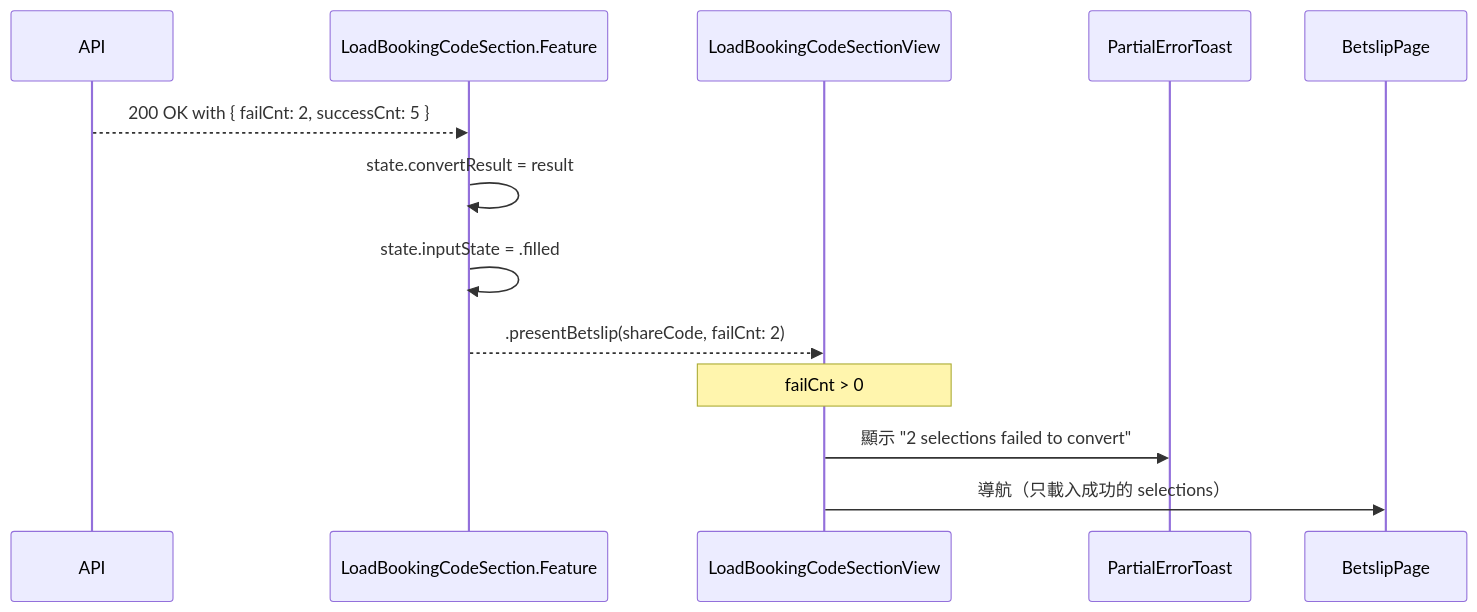
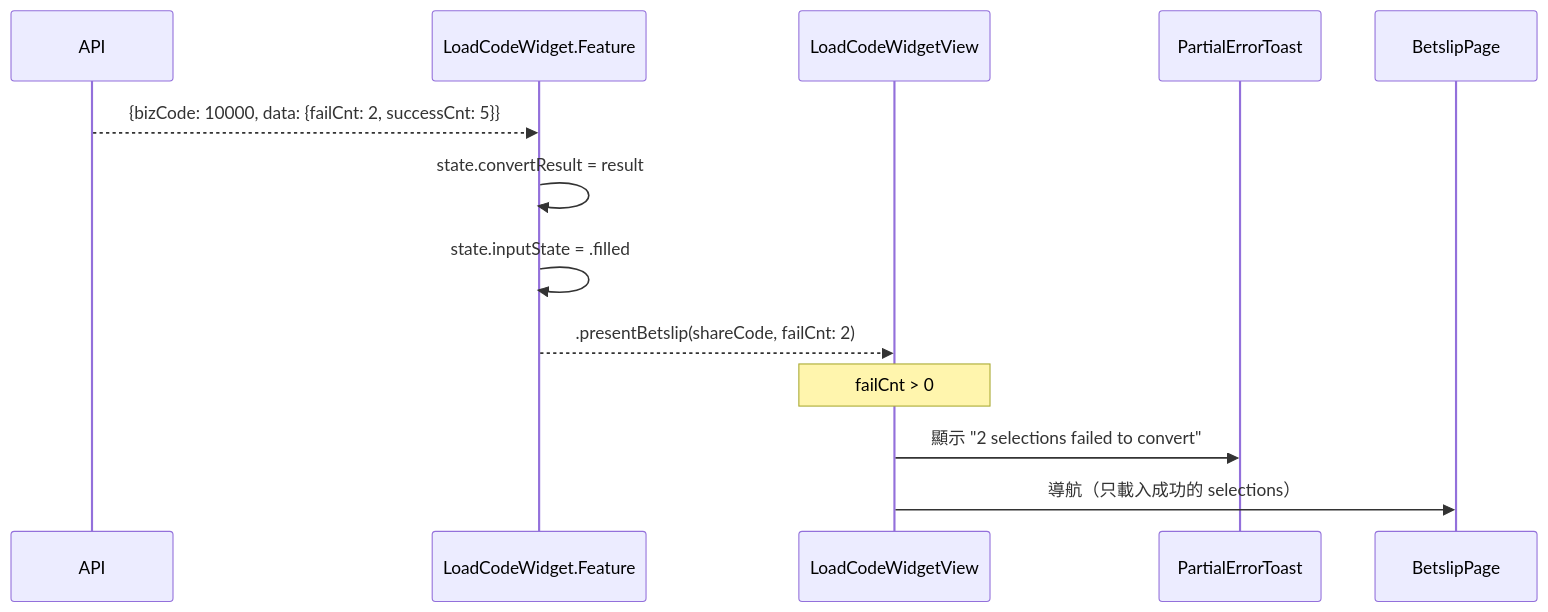
Before and after one commit to HsinChungHan/Code_Converter_TDD: the second of 3 diagrams in TDD/09_Error Handling/01_error_handling.md, drawn with Mermaid. The commit also changed other lines of this file and 7 other files, not shown here.

````diff
--- a/TDD/09_Error Handling/01_error_handling.md
+++ b/TDD/09_Error Handling/01_error_handling.md
@@ -96,20 +127,20 @@
 ```mermaid
 sequenceDiagram
     participant API as API
-    participant Feature as LoadBookingCodeSection.Feature
-    participant UI as LoadBookingCodeSectionView
+    participant Feature as LoadCodeWidget.Feature
+    participant UI as LoadCodeWidgetView
     participant Toast as PartialErrorToast
     participant Betslip as BetslipPage
 
-    API-->>Feature: 200 OK with { failCnt: 2, successCnt: 5 }
+    API-->>Feature: {bizCode: 10000, data: {failCnt: 2, successCnt: 5}}
     
     Feature->>Feature: state.convertResult = result
     Feature->>Feature: state.inputState = .filled
     
     Feature-->>UI: .presentBetslip(shareCode, failCnt: 2)
     
     Note over UI: failCnt > 0
     
     UI->>Toast: 顯示 "2 selections failed to convert"
     UI->>Betslip: 導航（只載入成功的 selections）
 ```
````
